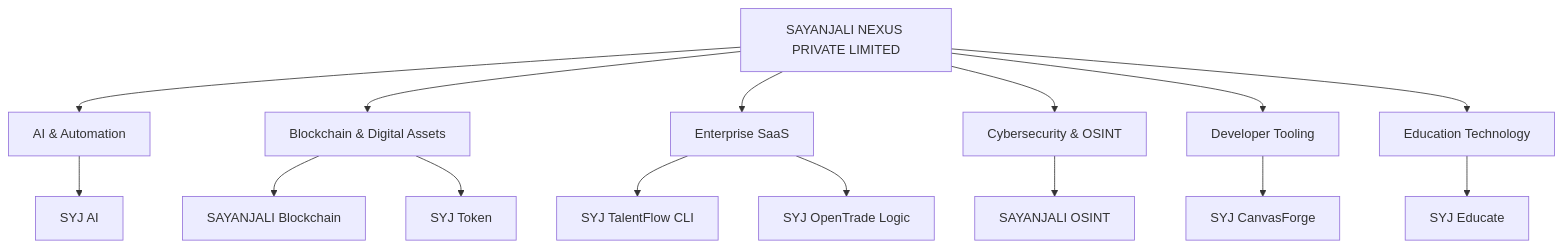
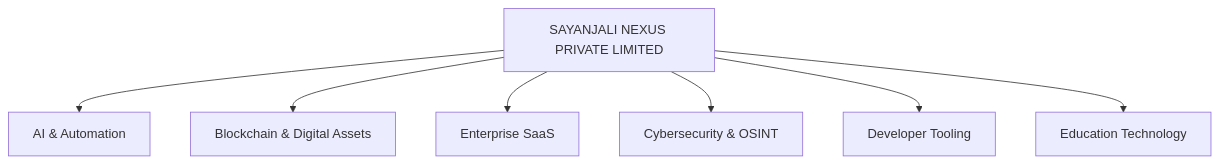
Before and after one commit to SHalimoosavi/SHalimoosavi: the diagram in README.md, drawn with Mermaid. The commit also changed other lines of this file, not shown here.

Commit message:
docs: align profile README with SYJ LABS identity

````diff
--- a/README.md
+++ b/README.md
@@ -86,18 +72,9 @@
 ```mermaid
 flowchart TD
     A["SAYANJALI NEXUS PRIVATE LIMITED"] --> B["AI & Automation"]
     A --> C["Blockchain & Digital Assets"]
     A --> D["Enterprise SaaS"]
     A --> E["Cybersecurity & OSINT"]
     A --> F["Developer Tooling"]
     A --> G["Education Technology"]
-
-    B --> B1["SYJ AI"]
-    C --> C1["SAYANJALI Blockchain"]
-    C --> C2["SYJ Token"]
-    D --> D1["SYJ TalentFlow CLI"]
-    D --> D2["SYJ OpenTrade Logic"]
-    E --> E1["SAYANJALI OSINT"]
-    F --> F1["SYJ CanvasForge"]
-    G --> G1["SYJ Educate"]
 ```
````
